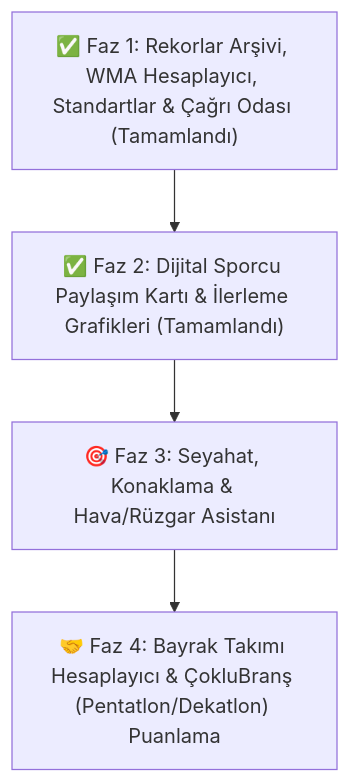
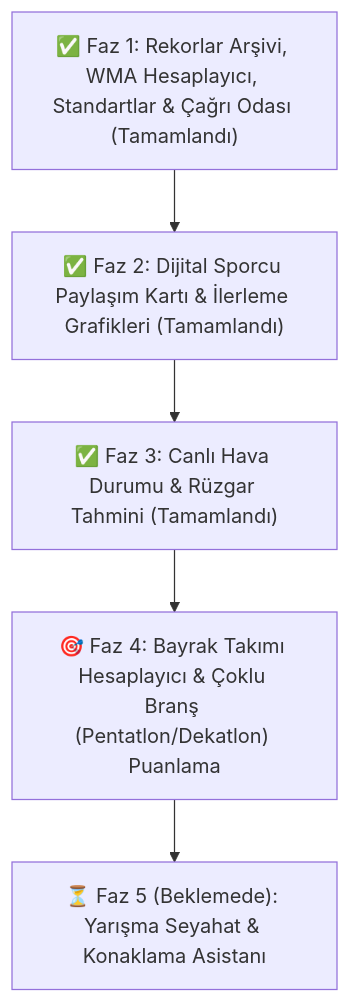
Before and after one commit to KronosEcil/master-racer: the diagram in ROADMAP.md, drawn with Mermaid. The commit also changed other lines of this file and 7 other files, not shown here.

````diff
--- a/ROADMAP.md
+++ b/ROADMAP.md
@@ -62,6 +62,7 @@
 ```mermaid
 flowchart TD
     A["✅ Faz 1: Rekorlar Arşivi, WMA Hesaplayıcı, Standartlar & Çağrı Odası (Tamamlandı)"] --> B["✅ Faz 2: Dijital Sporcu Paylaşım Kartı & İlerleme Grafikleri (Tamamlandı)"]
-    B --> C["🎯 Faz 3: Seyahat, Konaklama & Hava/Rüzgar Asistanı"]
-    C --> D["🤝 Faz 4: Bayrak Takımı Hesaplayıcı & ÇokluBranş (Pentatlon/Dekatlon) Puanlama"]
+    B --> C["✅ Faz 3: Canlı Hava Durumu & Rüzgar Tahmini (Tamamlandı)"]
+    C --> D["🎯 Faz 4: Bayrak Takımı Hesaplayıcı & Çoklu Branş (Pentatlon/Dekatlon) Puanlama"]
+    D --> E["⏳ Faz 5 (Beklemede): Yarışma Seyahat & Konaklama Asistanı"]
 ```
````
